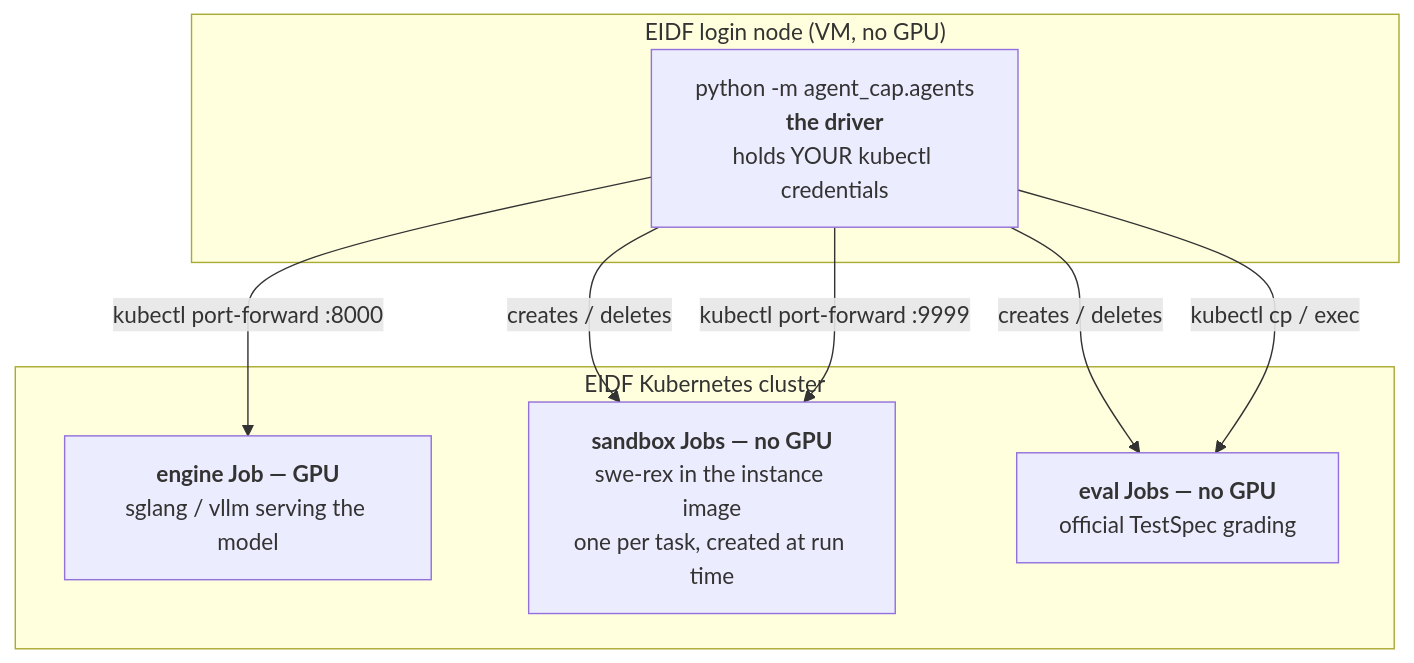
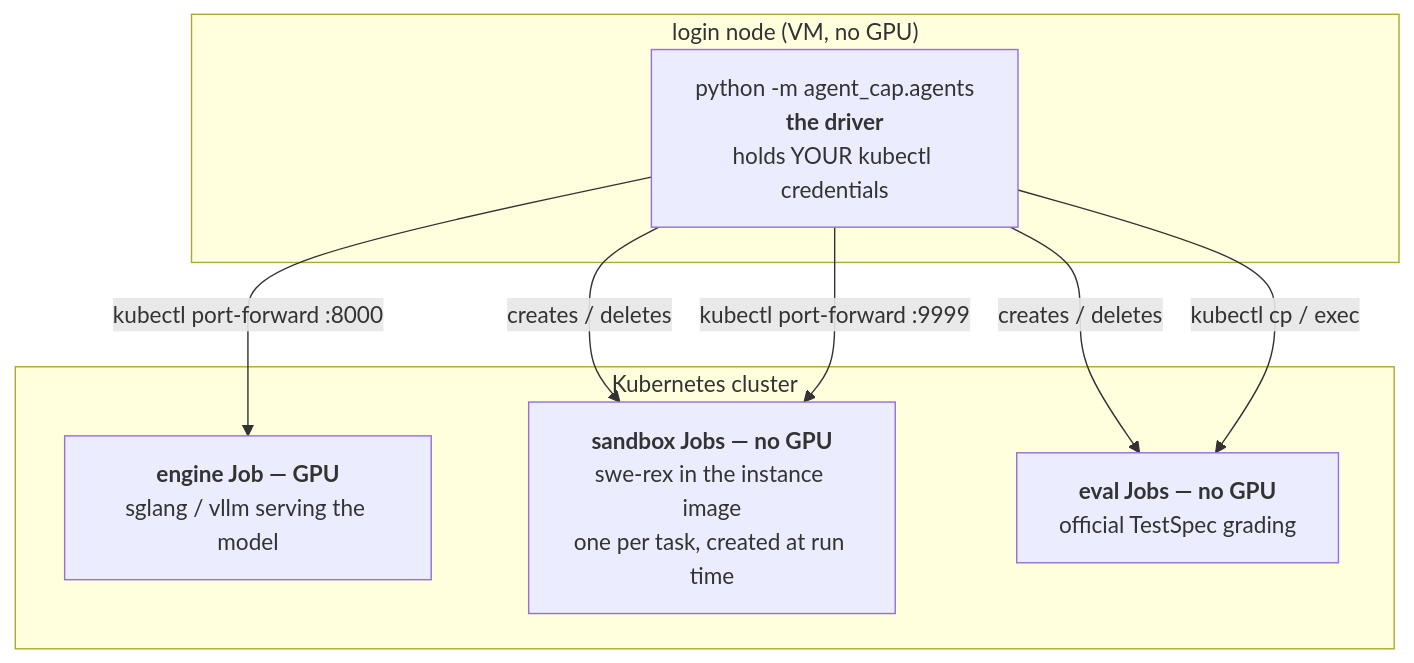
The fifth of 7 diagrams in docs/DEVELOPER_GUIDE.md (TEAS-project/TEASBench), drawn with Mermaid before and after one commit. The commit also changed other lines of this file and 38 other files, not shown here.

````diff
--- a/docs/DEVELOPER_GUIDE.md
+++ b/docs/DEVELOPER_GUIDE.md
@@ -198,16 +211,16 @@
 ```mermaid
 flowchart TB
-    subgraph LN["EIDF login node (VM, no GPU)"]
+    subgraph LN["login node (VM, no GPU)"]
         D["python -m agent_cap.agents<br/><b>the driver</b><br/>holds YOUR kubectl credentials"]
     end
-    subgraph CL["EIDF Kubernetes cluster"]
+    subgraph CL["Kubernetes cluster"]
         E["<b>engine Job — GPU</b><br/>sglang / vllm serving the model"]
         S["<b>sandbox Jobs — no GPU</b><br/>swe-rex in the instance image<br/>one per task, created at run time"]
         V["<b>eval Jobs — no GPU</b><br/>official TestSpec grading"]
     end
     D -- "kubectl port-forward :8000" --> E
     D -- "creates / deletes" --> S
     D -- "kubectl port-forward :9999" --> S
     D -- "creates / deletes" --> V
     D -- "kubectl cp / exec" --> V
 ```
````
